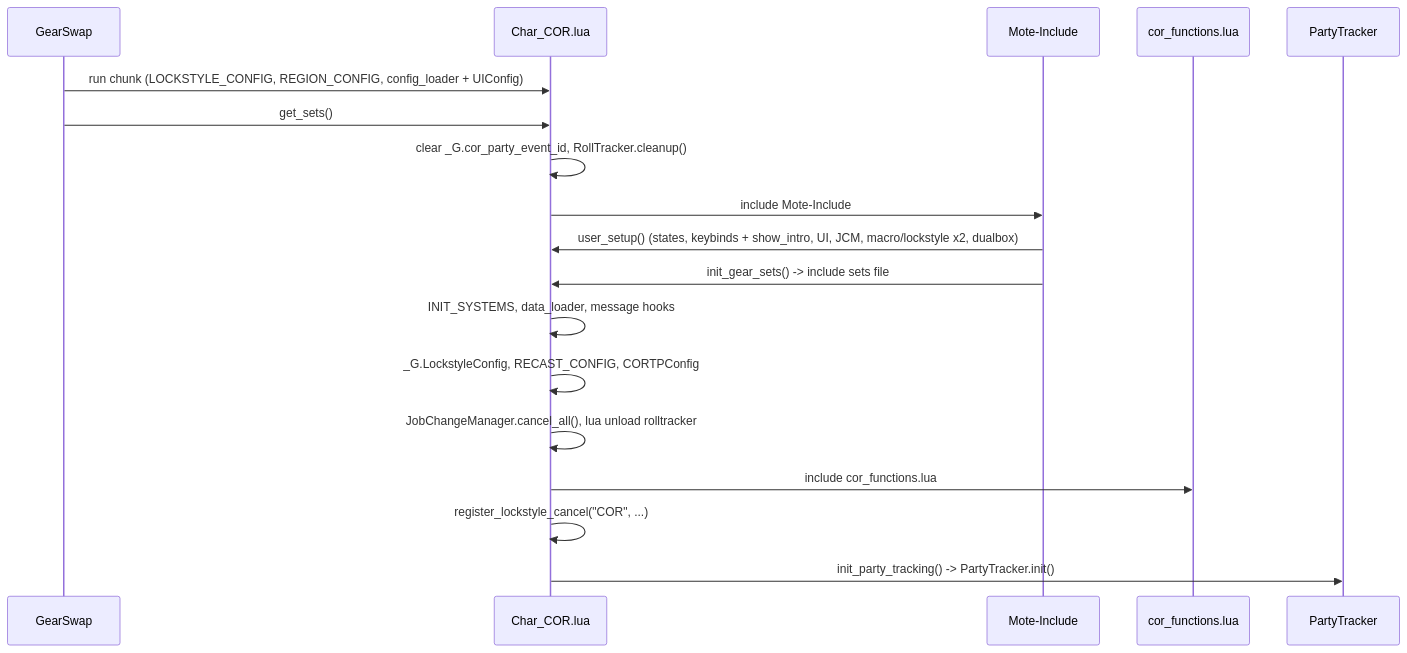
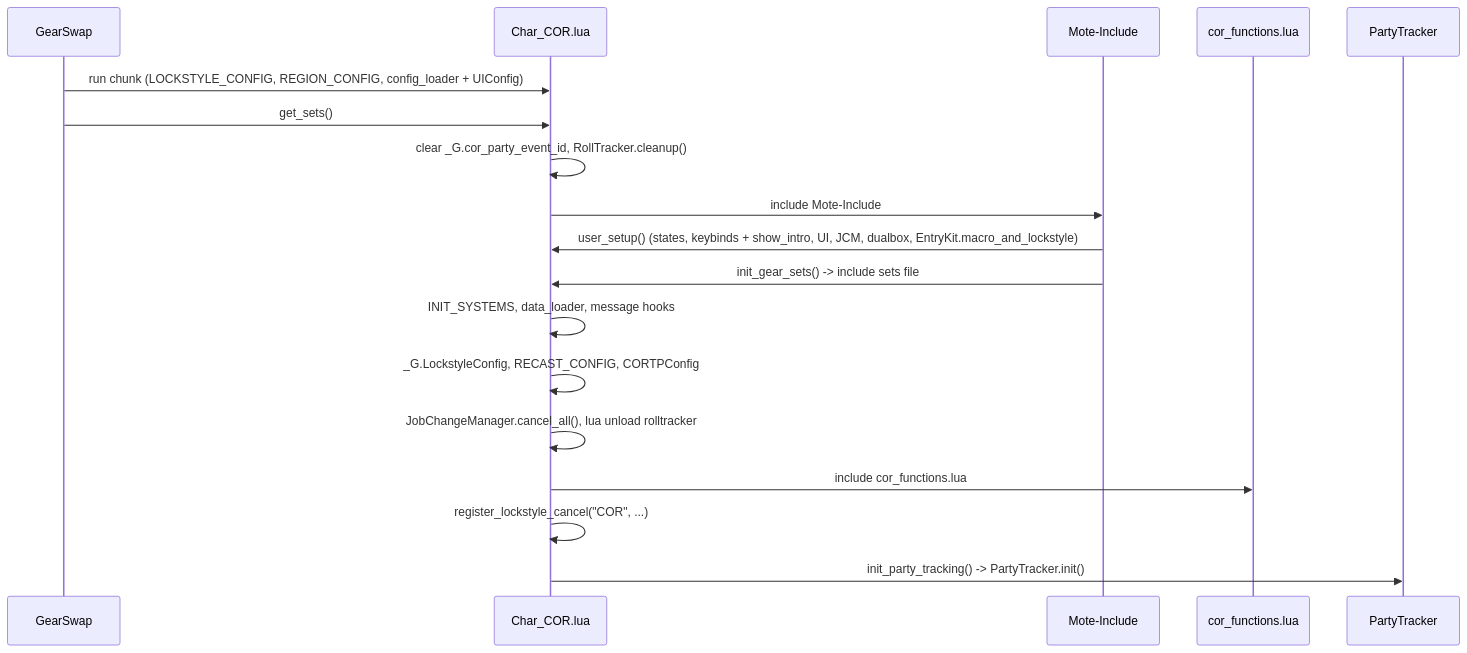
One commit to ejouanchicot/Gearswap changed the first of 3 diagrams in docs/dev/jobs/cor.md. Above: the diagram before and after it, drawn with Mermaid. The commit also changed other lines of this file and 100 other files, not shown here.

````diff
--- a/docs/dev/jobs/cor.md
+++ b/docs/dev/jobs/cor.md
@@ -101,20 +101,20 @@
 ```mermaid
 sequenceDiagram
     participant GS as GearSwap
     participant E as Char_COR.lua
     participant M as Mote-Include
     participant F as cor_functions.lua
     participant P as PartyTracker
     GS->>E: run chunk (LOCKSTYLE_CONFIG, REGION_CONFIG, config_loader + UIConfig)
     GS->>E: get_sets()
     E->>E: clear _G.cor_party_event_id, RollTracker.cleanup()
     E->>M: include Mote-Include
-    M->>E: user_setup() (states, keybinds + show_intro, UI, JCM, macro/lockstyle x2, dualbox)
+    M->>E: user_setup() (states, keybinds + show_intro, UI, JCM, dualbox, EntryKit.macro_and_lockstyle)
     M->>E: init_gear_sets() -> include sets file
     E->>E: INIT_SYSTEMS, data_loader, message hooks
     E->>E: _G.LockstyleConfig, RECAST_CONFIG, CORTPConfig
     E->>E: JobChangeManager.cancel_all(), lua unload rolltracker
     E->>F: include cor_functions.lua
     E->>E: register_lockstyle_cancel("COR", ...)
     E->>P: init_party_tracking() -> PartyTracker.init()
 ```
````
